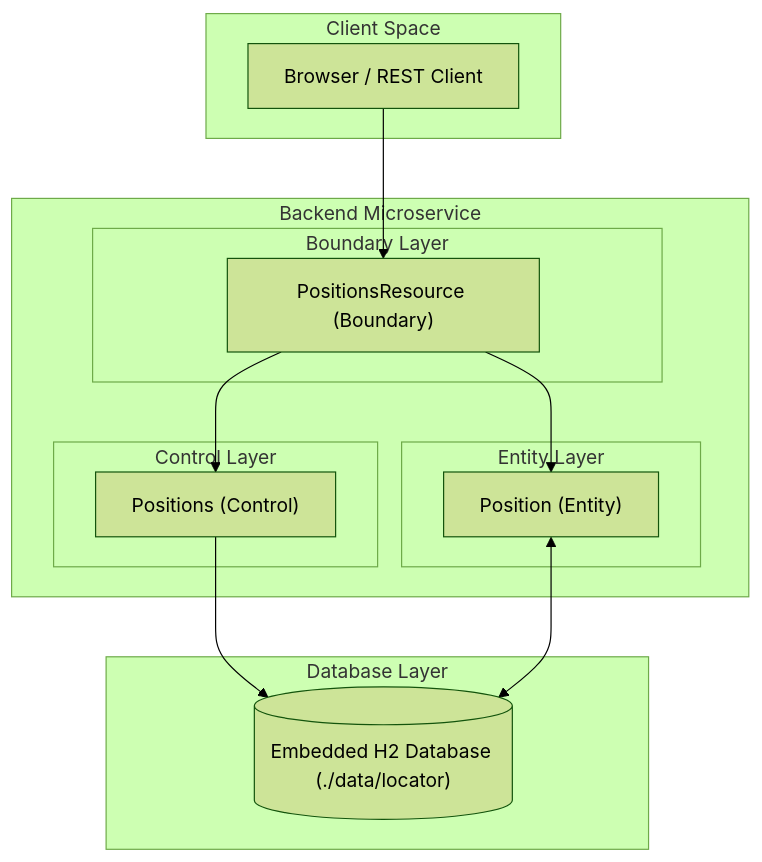
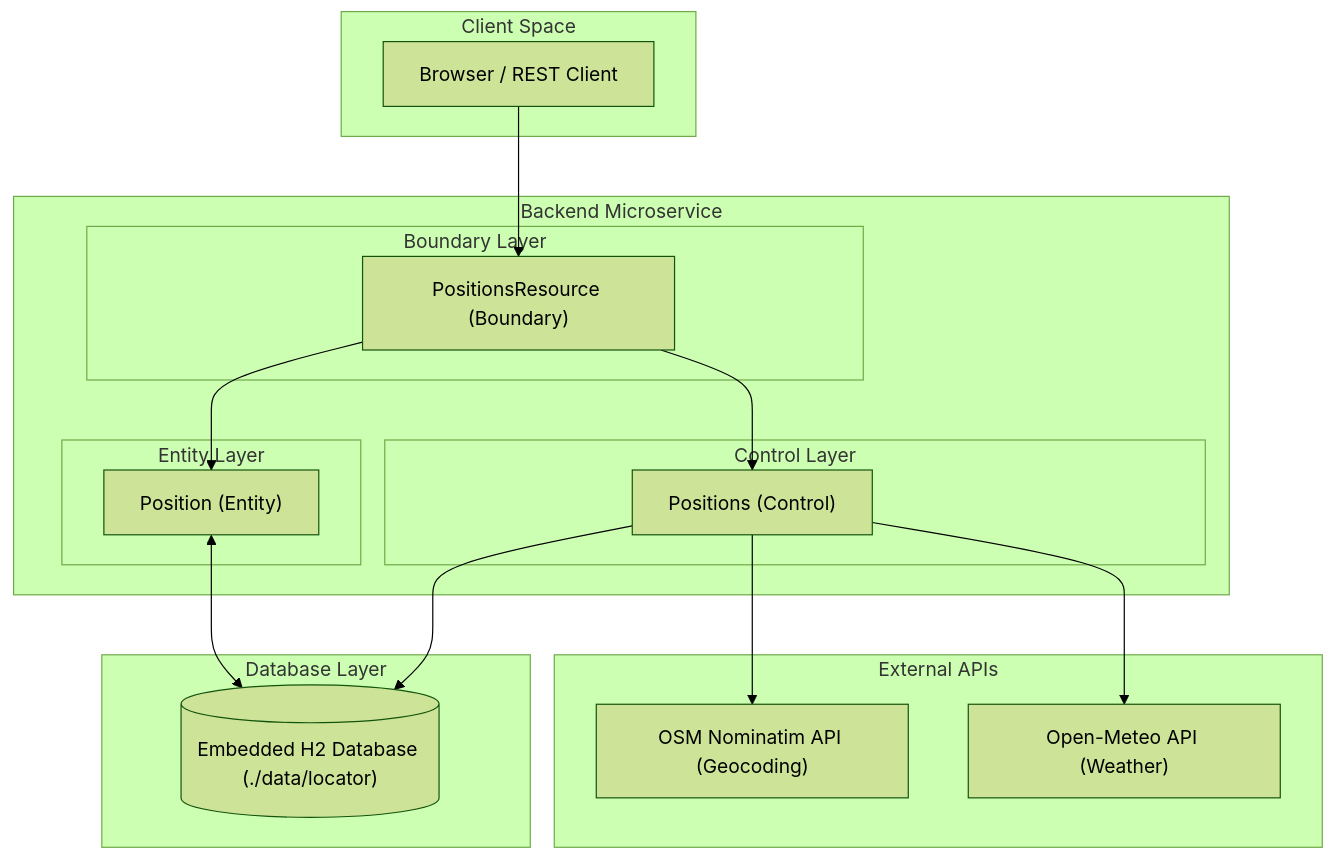
Before and after one commit to g0untlet/locate.me: the second of 2 diagrams in README.md, drawn with Mermaid (forest theme). The commit also changed other lines of this file and 1 other file, not shown here.

Commit message:
feat: Enhance README and application properties for geocoding and weather API integrations

````diff
--- a/README.md
+++ b/README.md
@@ -137,30 +139,37 @@
 ```mermaid
 graph TD
     subgraph ClientSpace [Client Space]
         Browser[Browser / REST Client]
     end
 
     subgraph BackendMicroservice [Backend Microservice]
         subgraph BoundaryLayer [Boundary Layer]
             Resource["PositionsResource (Boundary)"]
         end
 
         subgraph ControlLayer [Control Layer]
             Control["Positions (Control)"]
         end
 
         subgraph EntityLayer [Entity Layer]
             Entity["Position (Entity)"]
         end
     end
 
+    subgraph ExternalAPIs [External APIs]
+        Nominatim["OSM Nominatim API (Geocoding)"]
+        OpenMeteo["Open-Meteo API (Weather)"]
+    end
+
     subgraph DatabaseLayer [Database Layer]
         DB[("Embedded H2 Database (./data/locator)")]
     end
 
     Browser --> Resource
     Resource --> Entity
     Resource --> Control
     Control --> DB
+    Control --> Nominatim
+    Control --> OpenMeteo
     Entity <--> DB
 ```
````
